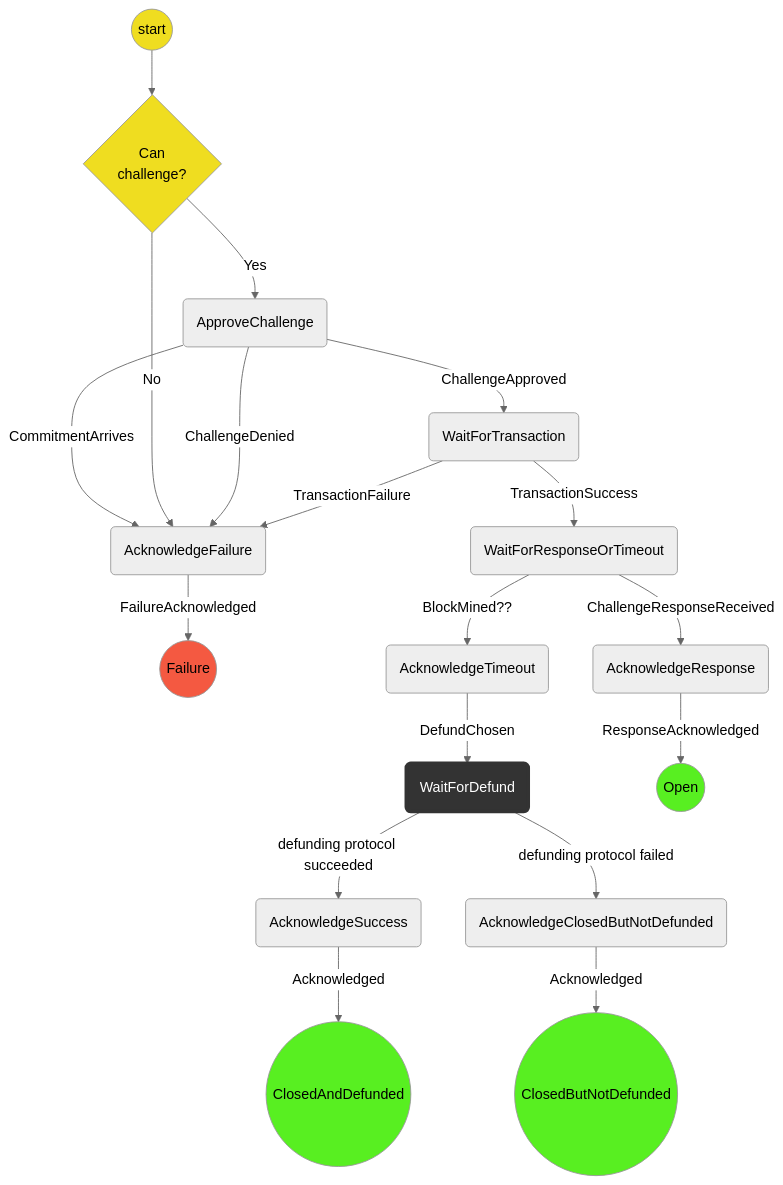
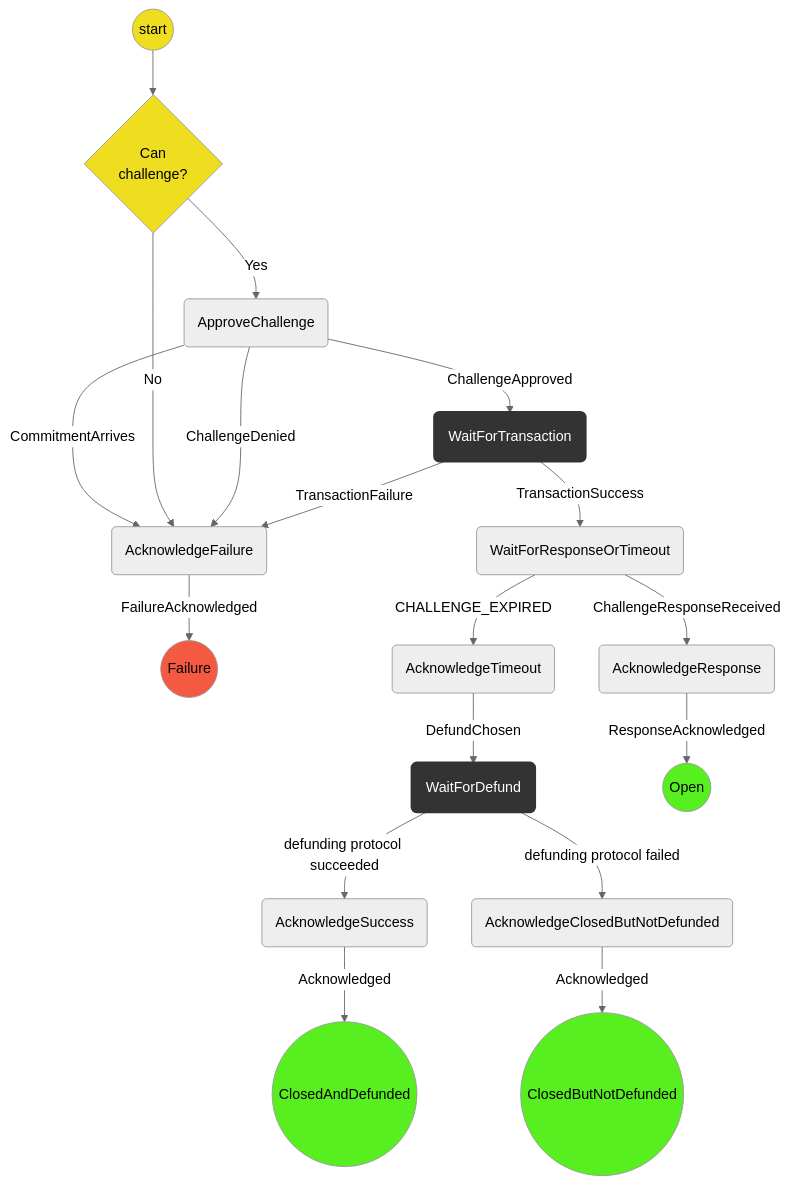
One commit to magmo/apps changed the diagram in packages/wallet/src/redux/protocols/challenging/readme.md. Above: the diagram before and after it, drawn with Mermaid (neutral theme). The commit also changed 2 other files, not shown here.

Commit message:
Add defunding to responding readme

````diff
--- a/packages/wallet/src/redux/protocols/challenging/readme.md
+++ b/packages/wallet/src/redux/protocols/challenging/readme.md
@@ -21,29 +21,29 @@
 ```mermaid
 graph TD
 linkStyle default interpolate basis
   S((start)) --> CE{Can<br/>challenge?}
   CE --> |Yes| WFA(ApproveChallenge)
   WFA --> |CommitmentArrives| AF
   WFA --> |ChallengeApproved| WFT(WaitForTransaction)
   CE --> |No| AF
   WFA --> |ChallengeDenied| AF(AcknowledgeFailure)
   AF --> |FailureAcknowledged| F((Failure))
   WFT --> |TransactionSuccess| WFRT(WaitForResponseOrTimeout)
   WFT --> |TransactionFailure| AF
-  WFRT --> |BlockMined??| AT(AcknowledgeTimeout)
+  WFRT --> |CHALLENGE_EXPIRED| AT(AcknowledgeTimeout)
   AT --> |DefundChosen| D(WaitForDefund)
   D   --> |defunding protocol succeeded| AS(AcknowledgeSuccess)
   D   --> |defunding protocol failed| ACBND(AcknowledgeClosedButNotDefunded)
   ACBND -->|Acknowledged| SCBND((ClosedButNotDefunded))
   AS -->|Acknowledged| SCD((ClosedAndDefunded))
   WFRT --> |ChallengeResponseReceived| AR(AcknowledgeResponse)
   AR --> |ResponseAcknowledged| SP((Open))
   classDef logic fill:#efdd20;
   classDef Success fill:#58ef21;
   classDef Failure fill:#f45941;
   classDef WaitForChildProtocol stroke:#333,stroke-width:4px,color:#ffff,fill:#333;
   class S,CE logic;
   class SP,SCD,SCBND Success;
   class F Failure;
-  class D WaitForChildProtocol;
+  class WFT,D WaitForChildProtocol;
 ```
````
